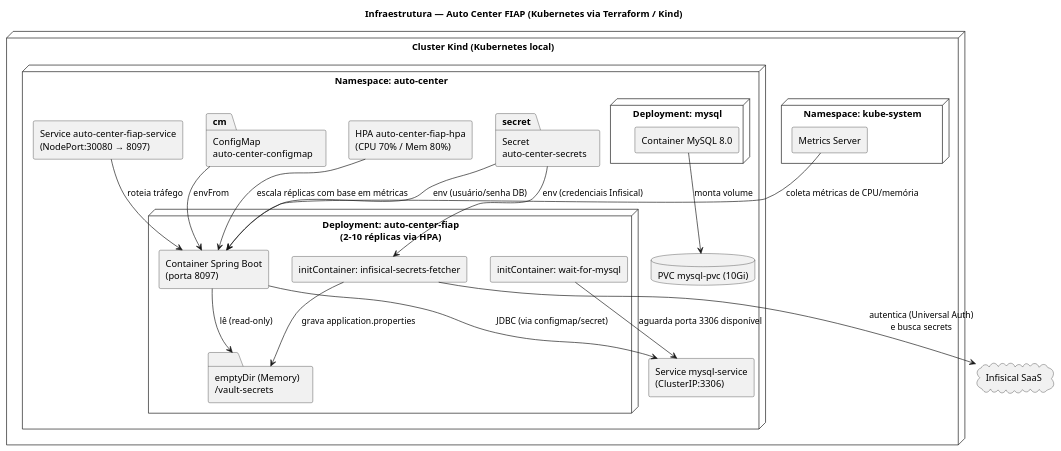
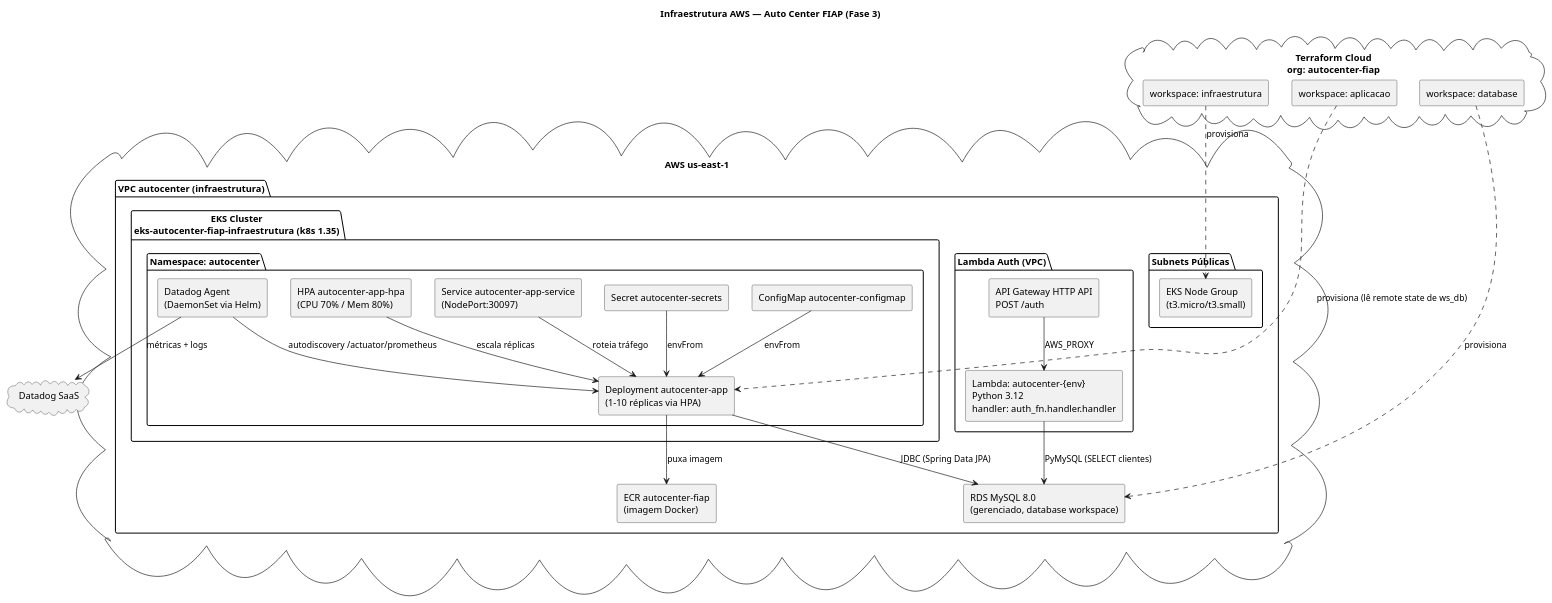
The fourth of 8 diagrams in README.md (AutocenterFiap/autocenter), drawn with PlantUML before and after one commit. The commit also changed other lines of this file, not shown here.

First line of the commit message:
docs(readme): atualiza README com nova descrição e estrutura do projeto

````diff
--- a/README.md
+++ b/README.md
@@ -344,49 +302,61 @@
 ```plantuml
-@startuml Infraestrutura_AutoCenterFIAP
-title Infraestrutura — Auto Center FIAP (Kubernetes via Terraform / Kind)
+@startuml Infraestrutura_AWS_AutoCenterFIAP
+title Infraestrutura AWS — Auto Center FIAP (Fase 3)
 
 skinparam componentStyle rectangle
 
-node "Cluster Kind (Kubernetes local)" {
-  node "Namespace: kube-system" {
-    [Metrics Server] as metricsServer
-  }
+cloud "AWS us-east-1" {
 
-  node "Namespace: auto-center" {
-    package "ConfigMap\nauto-center-configmap" as cm
-    package "Secret\nauto-center-secrets" as secret
+  package "VPC autocenter (infraestrutura)" {
 
-    node "Deployment: mysql" {
-      [Container MySQL 8.0] as mysqlContainer
+    package "Subnets Públicas" {
+      [EKS Node Group\n(t3.micro/t3.small)] as eks_nodes
     }
-    database "PVC mysql-pvc (10Gi)" as pvc
-    [Service mysql-service\n(ClusterIP:3306)] as mysqlSvc
 
-    node "Deployment: auto-center-fiap\n(2-10 réplicas via HPA)" {
-      [initContainer: wait-for-mysql] as initWait
-      [initContainer: infisical-secrets-fetcher] as initInfisical
-      [Container Spring Boot\n(porta 8097)] as appContainer
-      folder "emptyDir (Memory)\n/vault-secrets" as vaultVolume
+    package "EKS Cluster\neks-autocenter-fiap-infraestrutura (k8s 1.35)" {
+      package "Namespace: autocenter" {
+        [Deployment autocenter-app\n(1-10 réplicas via HPA)] as app
+        [Service autocenter-app-service\n(NodePort:30097)] as svc
+        [HPA autocenter-app-hpa\n(CPU 70% / Mem 80%)] as hpa
+        [Datadog Agent\n(DaemonSet via Helm)] as dd
+        [ConfigMap autocenter-configmap] as cm
+        [Secret autocenter-secrets] as secret
+      }
     }
-    [Service auto-center-fiap-service\n(NodePort:30080 → 8097)] as appSvc
-    [HPA auto-center-fiap-hpa\n(CPU 70% / Mem 80%)] as hpa
+
+    [ECR autocenter-fiap\n(imagem Docker)] as ecr
+
+    package "Lambda Auth (VPC)" {
+      [Lambda: autocenter-{env}\nPython 3.12\nhandler: auth_fn.handler.handler] as lambda
+      [API Gateway HTTP API\nPOST /auth] as apigw
+    }
+
+    [RDS MySQL 8.0\n(gerenciado, database workspace)] as rds
   }
 }
 
-cloud "Infisical SaaS" as infisical
+cloud "Terraform Cloud\norg: autocenter-fiap" {
+  [workspace: infraestrutura] as ws_infra
+  [workspace: database] as ws_db
+  [workspace: aplicacao] as ws_app
+}
 
-mysqlContainer --> pvc : monta volume
-appSvc --> appContainer : roteia tráfego
-initWait --> mysqlSvc : aguarda porta 3306 disponível
-initInfisical --> infisical : autentica (Universal Auth)\ne busca secrets
-initInfisical --> vaultVolume : grava application.properties
-appContainer --> vaultVolume : lê (read-only)
-appContainer --> mysqlSvc : JDBC (via configmap/secret)
-hpa --> appContainer : escala réplicas com base em métricas
-metricsServer --> appContainer : coleta métricas de CPU/memória
-cm --> appContainer : envFrom
-secret --> appContainer : env (usuário/senha DB)
-secret --> initInfisical : env (credenciais Infisical)
+cloud "Datadog SaaS" as datadog_saas
+
+apigw --> lambda : AWS_PROXY
+lambda --> rds : PyMySQL (SELECT clientes)
+app --> rds : JDBC (Spring Data JPA)
+app --> ecr : puxa imagem
+dd --> datadog_saas : métricas + logs
+dd --> app : autodiscovery /actuator/prometheus
+cm --> app : envFrom
+secret --> app : envFrom
+hpa --> app : escala réplicas
+svc --> app : roteia tráfego
+
+ws_infra ..> eks_nodes : provisiona
+ws_db ..> rds : provisiona
+ws_app ..> app : provisiona (lê remote state de ws_db)
 
 @enduml
 ```
````
